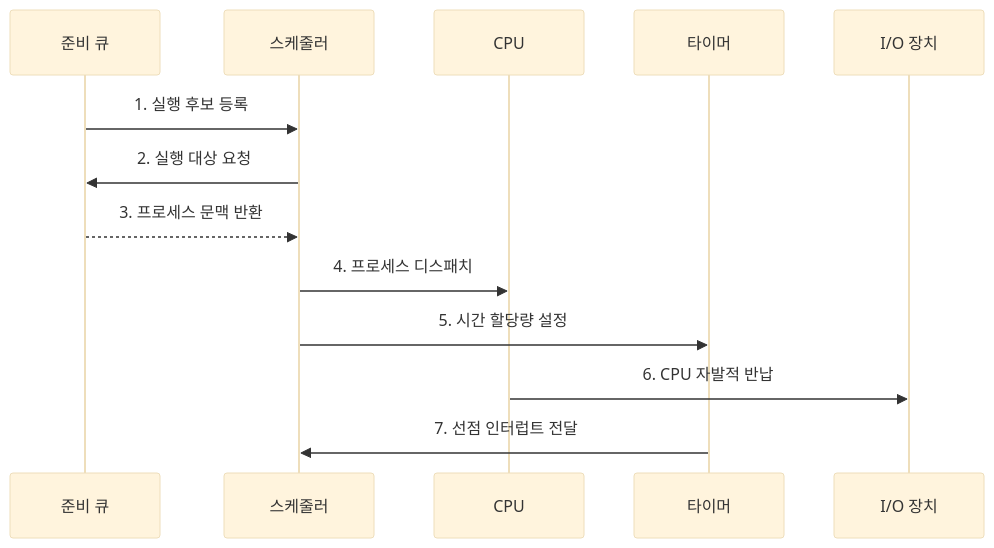
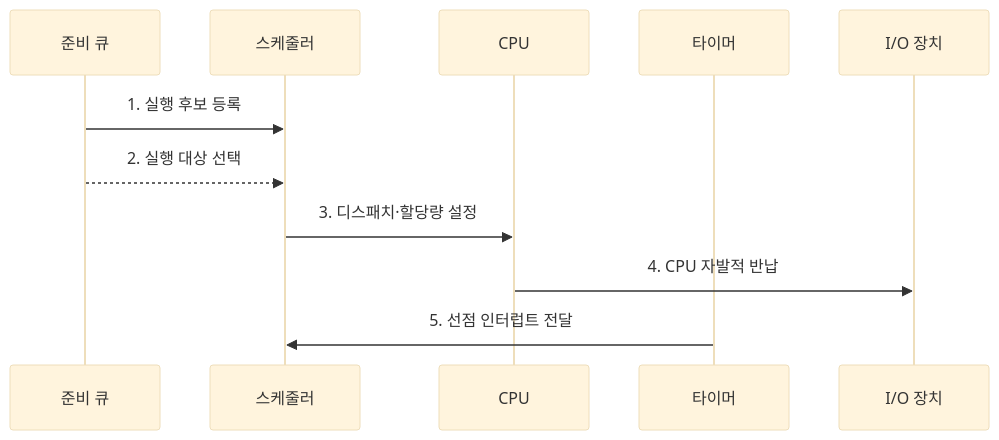
One commit to agnusdei1207/knowledge-base changed the second of 2 diagrams in src/content/docs/notes/03-software/004_process_scheduling.md. Above: the diagram before and after it, drawn with Mermaid (base theme). The commit also changed other lines of this file and 238 other files, not shown here.

````diff
--- a/src/content/docs/notes/03-software/004_process_scheduling.md
+++ b/src/content/docs/notes/03-software/004_process_scheduling.md
@@ -96,15 +96,13 @@
 ```mermaid
 sequenceDiagram
     participant Q as 준비 큐
     participant S as 스케줄러
     participant C as CPU
     participant T as 타이머
     participant I as I/O 장치
     Q->>S: 1. 실행 후보 등록
-    S->>Q: 2. 실행 대상 요청
-    Q-->>S: 3. 프로세스 문맥 반환
-    S->>C: 4. 프로세스 디스패치
-    S->>T: 5. 시간 할당량 설정
-    C->>I: 6. CPU 자발적 반납
-    T->>S: 7. 선점 인터럽트 전달
+    Q-->>S: 2. 실행 대상 선택
+    S->>C: 3. 디스패치·할당량 설정
+    C->>I: 4. CPU 자발적 반납
+    T->>S: 5. 선점 인터럽트 전달
 ```
````
